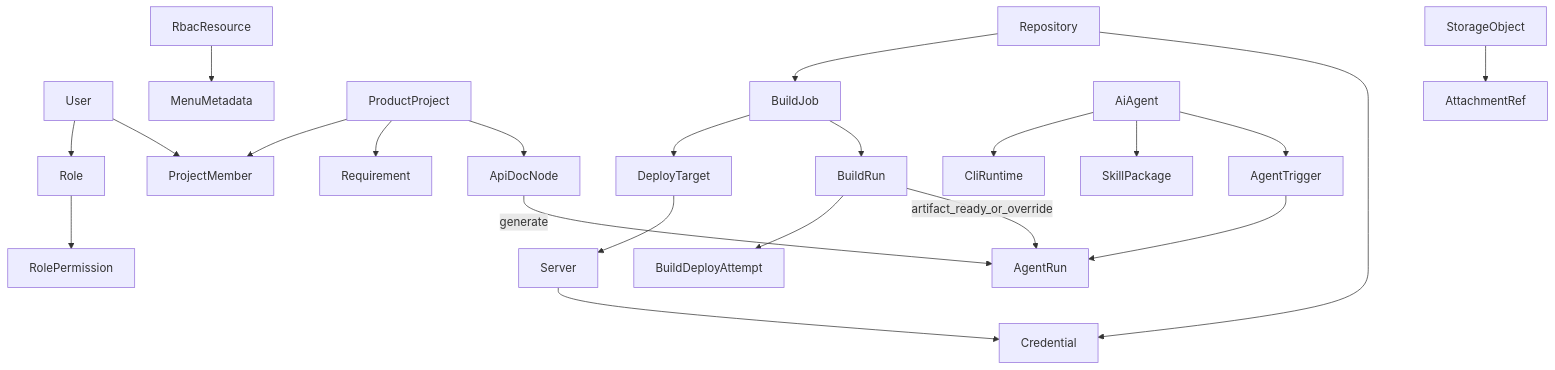
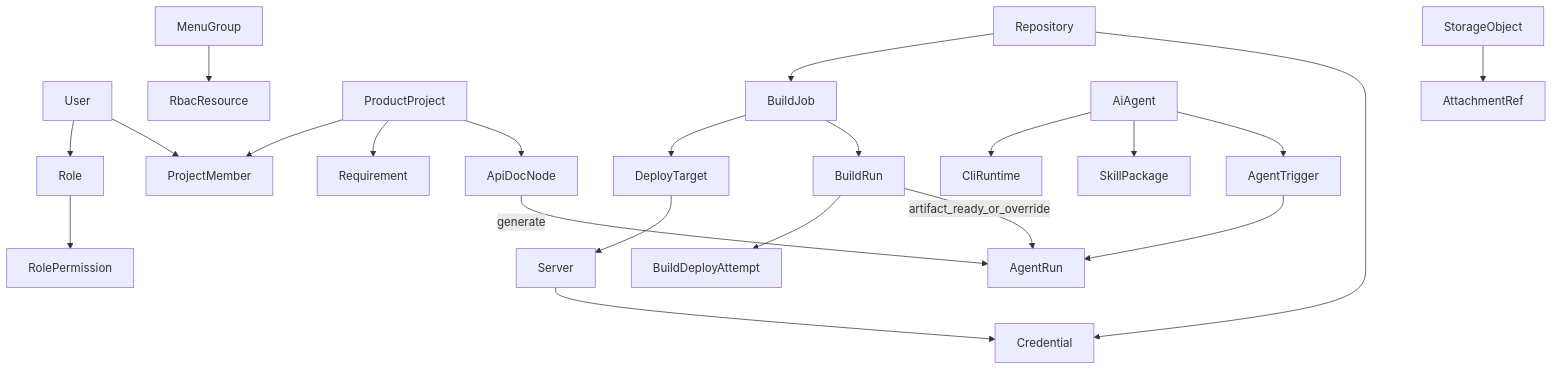
One commit to cabinet-fe/MiniDevOps changed the diagram in docs/DESIGN.md. Above: the diagram before and after it, drawn with Mermaid. The commit also changed other lines of this file and 96 other files, not shown here.

````diff
--- a/docs/DESIGN.md
+++ b/docs/DESIGN.md
@@ -226,24 +227,24 @@
 ```mermaid
 flowchart TB
   User --> Role
   Role --> RolePermission
-  RbacResource --> MenuMetadata
+  MenuGroup --> RbacResource
   User --> ProjectMember
   ProductProject --> ProjectMember
   ProductProject --> Requirement
   ProductProject --> ApiDocNode
   Repository --> BuildJob
   BuildJob --> DeployTarget
   BuildJob --> BuildRun
   BuildRun --> BuildDeployAttempt
   DeployTarget --> Server
   Repository --> Credential
   Server --> Credential
   AiAgent --> CliRuntime
   AiAgent --> SkillPackage
   AiAgent --> AgentTrigger
   AgentTrigger --> AgentRun
   BuildRun -->|artifact_ready_or_override| AgentRun
   ApiDocNode -->|generate| AgentRun
   StorageObject --> AttachmentRef
 ```
````
